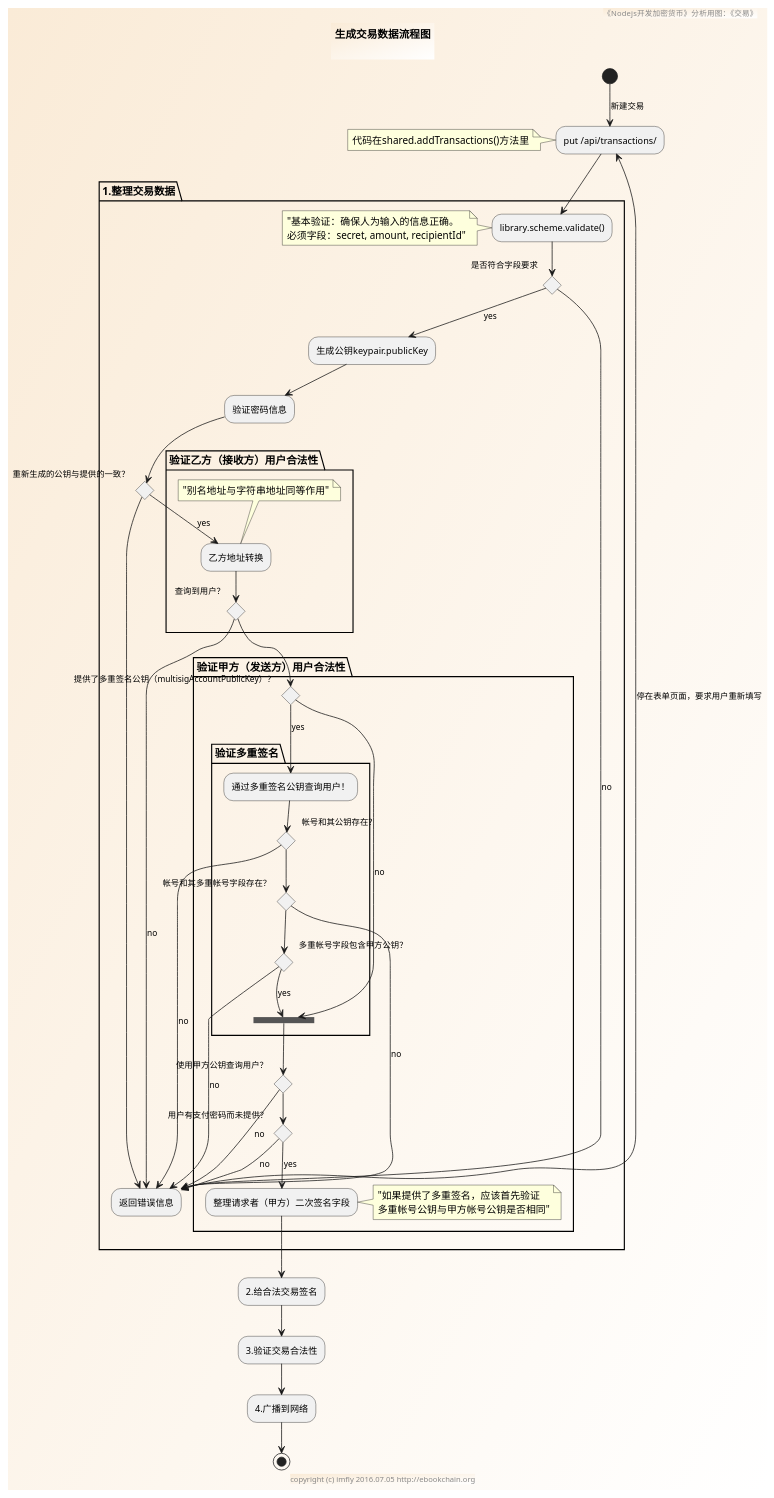
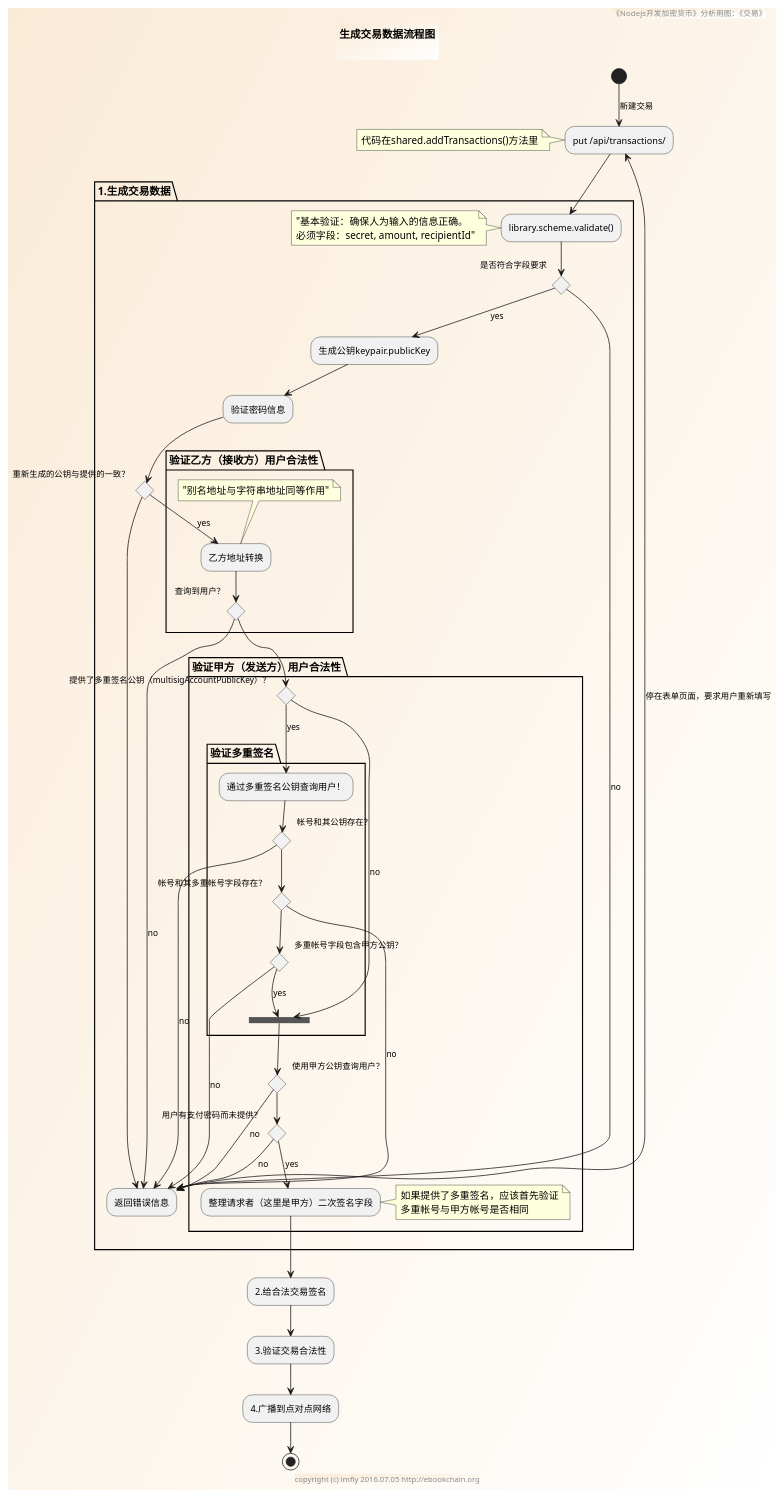
Before and after one commit to brightmanforever022/bitcoin-on-nodejs: the diagram in sources/modules/transactions/addTransaction.pu, drawn with PlantUML. The commit also changed 8 other files, not shown here.

```diff
--- a/sources/modules/transactions/addTransaction.pu
+++ b/sources/modules/transactions/addTransaction.pu
@@ -1,85 +1,85 @@
 @startuml ../../../styles/images/modules/transactions/addTransaction-activity.png
 skinparam BorderColor #blue\9932CC
 skinparam backgroundcolor AntiqueWhite/white
 
 title
 生成交易数据流程图
 
 end title
 
 footer copyright (c) imfly 2016.07.05 http://ebookchain.org
 header 《Nodejs开发加密货币》分析用图：《交易》
 
 ' shared.addTransactions()代码逻辑
 
 (*)--> [新建交易] "put /api/transactions/" as inputForm
 note left: 代码在shared.addTransactions()方法里
 
-partition "1.整理交易数据" {
+partition "1.生成交易数据" {
     --> library.scheme.validate()
     note left
     "基本验证：确保人为输入的信息正确。
     必须字段：secret, amount, recipientId"
     end note
     if "是否符合字段要求" then
     --> [no] "返回错误信息" as return_error_msg
     -left-> [停在表单页面，要求用户重新填写] inputForm
     else
     --> [yes] "生成公钥keypair.publicKey"
     --> 验证密码信息
         if "重新生成的公钥与提供的一致？" then
         --> return_error_msg
         else
         partition "验证乙方（接收方）用户合法性" {
           --> [yes] "乙方地址转换"
           note top: "别名地址与字符串地址同等作用"
             if "查询到用户？" then
             --> [no] return_error_msg
         }
             else
                 partition "验证甲方（发送方）用户合法性" {
                     if "提供了多重签名公钥（multisigAccountPublicKey）？" then
                         partition "验证多重签名" {
                           --> [yes] "通过多重签名公钥查询用户！"
                           if "帐号和其公钥存在？" then
                           --> [no] return_error_msg
                           else
                               if "帐号和其多重帐号字段存在？" then
                               --> [no] return_error_msg
                               else
                                 if "多重帐号字段包含甲方公钥？" then
                                 --> [no] return_error_msg
                                 else
                                 --> [yes] ==verify_account==
                                 endif
                               endif
 
                           endif
                         }
                     else
                     --> [no] ==verify_account==
                         if "使用甲方公钥查询用户？" then
                         --> [no] return_error_msg
                         else
                             if "用户有支付密码而未提供？" then
                             --> [no] return_error_msg
                             else
-                            --> [yes] "整理请求者（甲方）二次签名字段"
+                            --> [yes] "整理请求者（这里是甲方）二次签名字段"
                             note right
-                            "如果提供了多重签名，应该首先验证
-                            多重帐号公钥与甲方帐号公钥是否相同"
+                            如果提供了多重签名，应该首先验证
+                            多重帐号与甲方帐号是否相同
                             end note
                             endif
                         endif
                     endif
                 }
             endif
         endif
     endif
 }
 --> "2.给合法交易签名"
 --> "3.验证交易合法性"
---> "4.广播到网络"
+--> "4.广播到点对点网络"
 
 --> (*)
 @enduml
```
